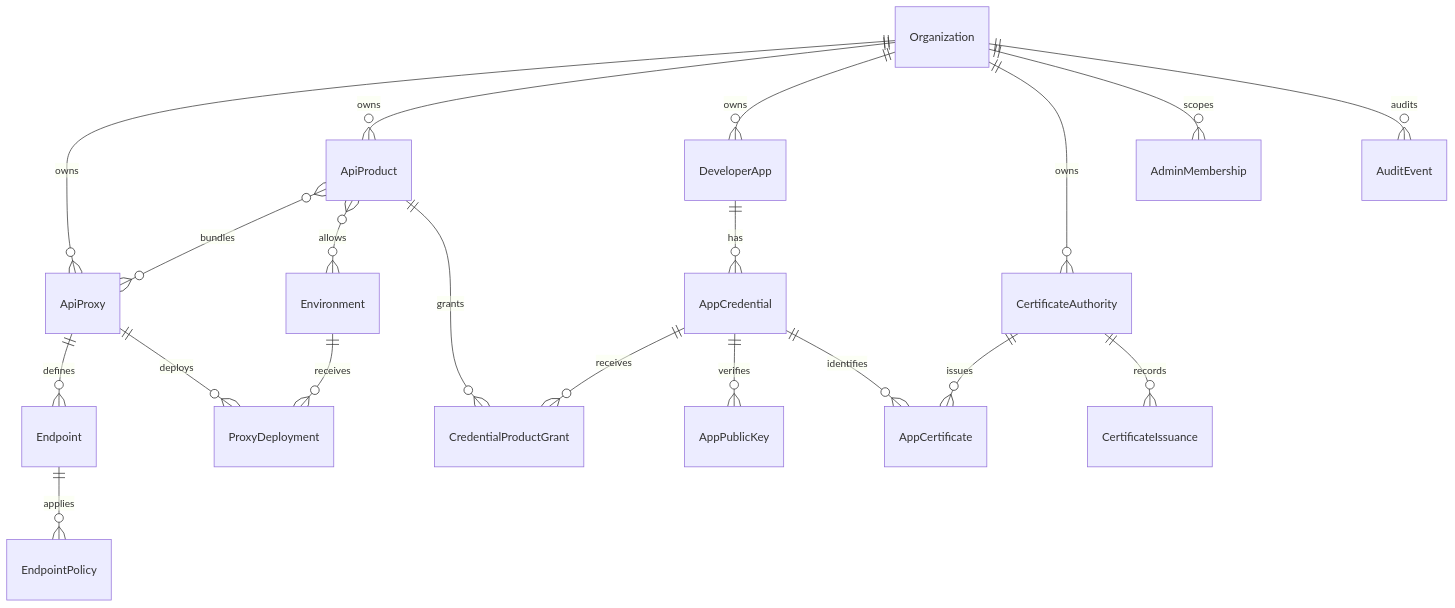
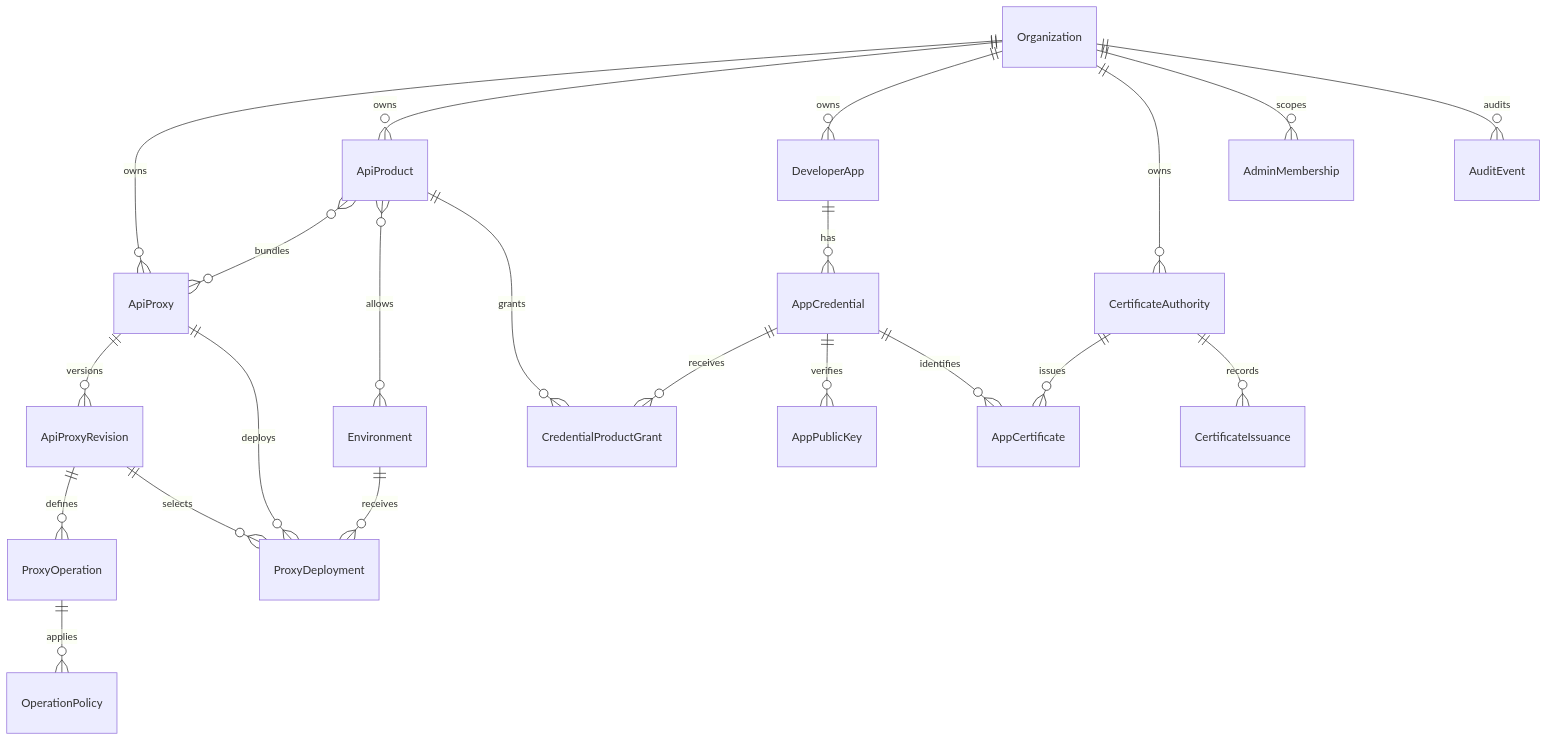
Before and after one commit to c4rl0s04/api-gateway-platform: the diagram in docs/02-architecture/Data Model.md, drawn with Mermaid. The commit also changed other lines of this file and 1 other file, not shown here.

Commit message:
docs(database): describe versioned proxy schema

````diff
--- a/docs/02-architecture/Data Model.md
+++ b/docs/02-architecture/Data Model.md
@@ -32,22 +34,24 @@
 ```mermaid
 erDiagram
     Organization ||--o{ ApiProxy : owns
     Organization ||--o{ ApiProduct : owns
     Organization ||--o{ DeveloperApp : owns
-    ApiProxy ||--o{ Endpoint : defines
-    Endpoint ||--o{ EndpointPolicy : applies
+    ApiProxy ||--o{ ApiProxyRevision : versions
+    ApiProxyRevision ||--o{ ProxyOperation : defines
+    ProxyOperation ||--o{ OperationPolicy : applies
+    ApiProxyRevision ||--o{ ProxyDeployment : selects
     ApiProxy ||--o{ ProxyDeployment : deploys
     Environment ||--o{ ProxyDeployment : receives
     ApiProduct }o--o{ ApiProxy : bundles
     ApiProduct }o--o{ Environment : allows
     DeveloperApp ||--o{ AppCredential : has
     AppCredential ||--o{ CredentialProductGrant : receives
     ApiProduct ||--o{ CredentialProductGrant : grants
     AppCredential ||--o{ AppPublicKey : verifies
     AppCredential ||--o{ AppCertificate : identifies
     CertificateAuthority ||--o{ AppCertificate : issues
     CertificateAuthority ||--o{ CertificateIssuance : records
     Organization ||--o{ CertificateAuthority : owns
     Organization ||--o{ AdminMembership : scopes
     Organization ||--o{ AuditEvent : audits
 ```
````
